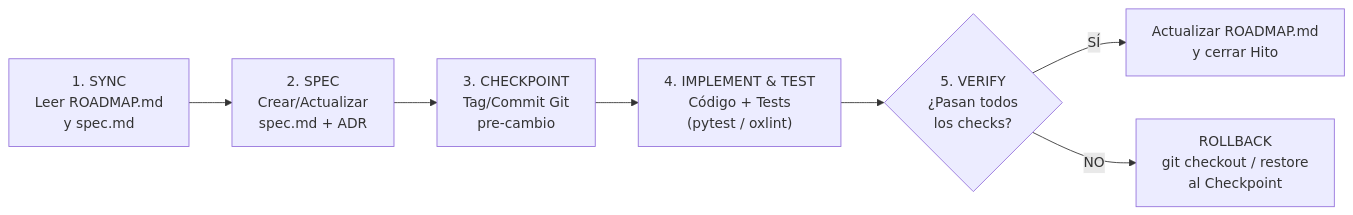
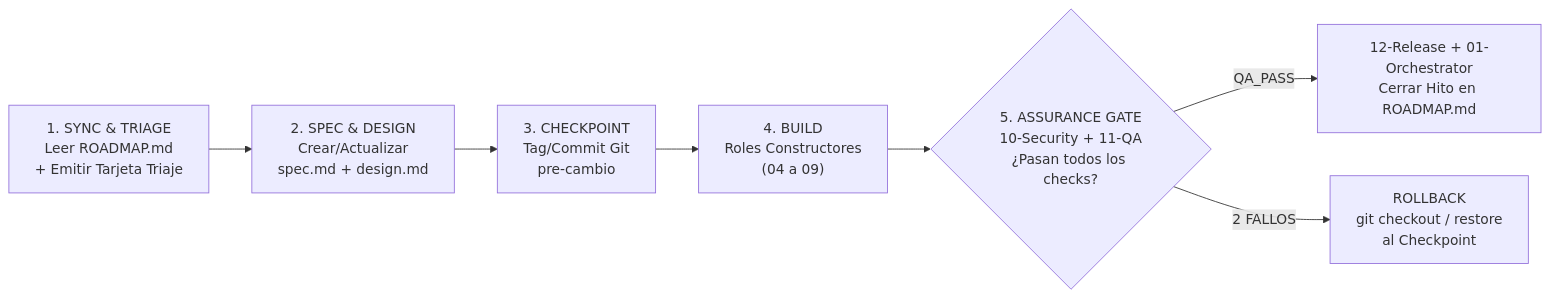
One commit to Dalaez/datalaria-website changed the diagram in AGENTS.md. Above: the diagram before and after it, drawn with Mermaid. The commit also changed other lines of this file and 168 other files, not shown here.

````diff
--- a/AGENTS.md
+++ b/AGENTS.md
@@ -38,9 +40,9 @@
 ```mermaid
 flowchart LR
-    A["1. SYNC\nLeer ROADMAP.md\ny spec.md"] --> B["2. SPEC\nCrear/Actualizar\nspec.md + ADR"]
+    A["1. SYNC & TRIAGE\nLeer ROADMAP.md\n+ Emitir Tarjeta Triaje"] --> B["2. SPEC & DESIGN\nCrear/Actualizar\nspec.md + design.md"]
     B --> C["3. CHECKPOINT\nTag/Commit Git\npre-cambio"]
-    C --> D["4. IMPLEMENT & TEST\nCódigo + Tests\n(pytest / oxlint)"]
-    D --> E{"5. VERIFY\n¿Pasan todos\nlos checks?"}
-    E -- "SÍ" --> F["Actualizar ROADMAP.md\ny cerrar Hito"]
-    E -- "NO" --> G["ROLLBACK\ngit checkout / restore\nal Checkpoint"]
+    C --> D["4. BUILD\nRoles Constructores\n(04 a 09)"]
+    D --> E{"5. ASSURANCE GATE\n10-Security + 11-QA\n¿Pasan todos los checks?"}
+    E -- "QA_PASS" --> F["12-Release + 01-Orchestrator\nCerrar Hito en ROADMAP.md"]
+    E -- "2 FALLOS" --> G["ROLLBACK\ngit checkout / restore\nal Checkpoint"]
 ```
````
